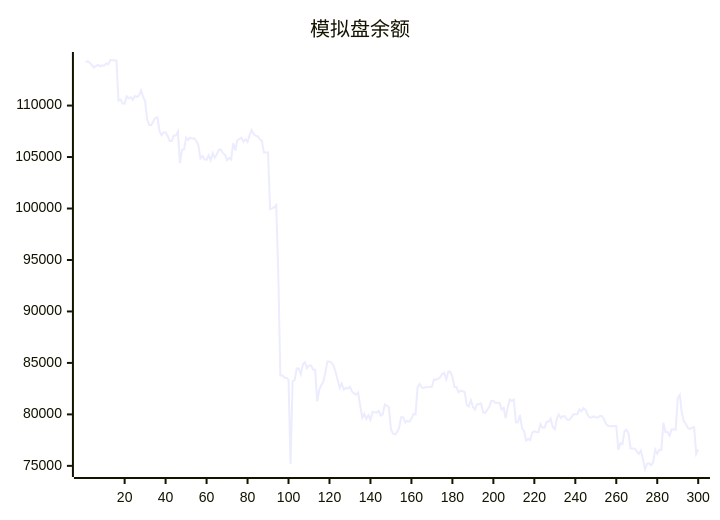
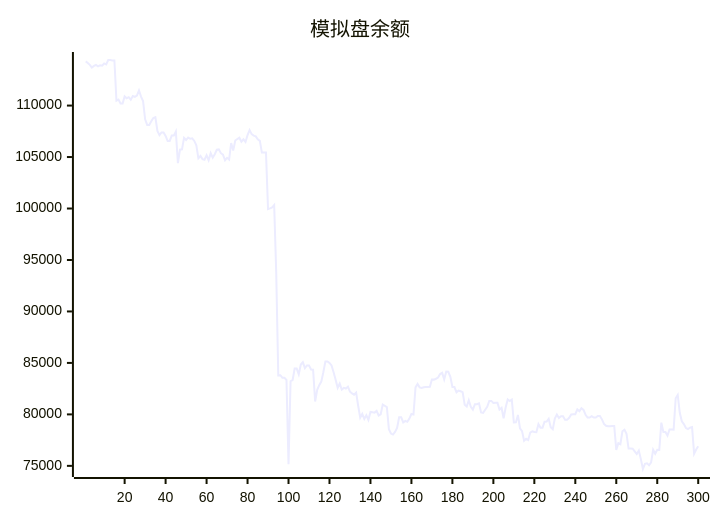
The diagram in README.md (aahl/ai-trading), drawn with Mermaid before and after one commit. The commit also changed other lines of this file and 1 other file, not shown here.

````diff
--- a/README.md
+++ b/README.md
@@ -5,5 +5,5 @@
 ```mermaid
 xychart
     title "模拟盘余额"
-    line [114232,114293,114144,113960,113698,113853,113942,113812,113908,113877,114091,113998,114427,114422,114384,114384,110477,110576,110198,110198,110890,110712,110812,110569,110929,110847,110968,111478,110870,110433,108661,108116,108115,108485,108797,108877,107536,107134,107393,107393,107046,106565,106565,107081,107081,107478,104404,105715,105749,106866,106651,106889,106771,106816,106565,106141,104876,105103,104796,104734,105169,104690,105380,104941,105272,105709,105739,105374,105227,104691,104924,104762,106364,105628,106608,106748,106872,106485,106721,106468,107132,107620,107224,107080,107001,106717,106567,105431,105431,105440,99950,100017,100113,100337,93749,83795,83807,83567,83567,83342,75168,83222,83336,84448,84449,83896,84839,85065,84499,84757,84757,84364,84347,81254,82385,82835,83184,84099,85150,85150,85002,84751,84096,83356,82582,82983,82404,82572,82512,82688,82200,82047,81920,82125,80840,79688,80060,79552,79920,79470,80236,80208,80170,80336,79894,80006,80954,80837,80712,78561,78139,78037,78293,78682,79720,79720,79214,79372,79279,79591,80046,79993,82625,82950,82626,82571,82633,82670,82670,82681,83386,83378,83464,83579,83920,84037,83402,84160,84142,83652,82655,82655,82145,82315,82243,82163,80934,80770,81371,80742,80468,80989,80989,81067,80191,80155,80450,80737,81309,81309,81106,81119,81119,80471,80631,79624,80670,81448,81290,81429,79212,79222,79940,78643,78380,77432,77623,77504,78235,78358,78284,78277,79048,78714,78714,79290,79308,79567,78763,78563,79603,79988,79652,79813,79813,79476,79469,79673,79995,80015,80015,80486,80314,80600,80436,79966,79689,79689,79819,79692,79692,79850,79850,79518,79071,78889,78850,78850,78878,78878,76554,77202,77103,78357,78510,78106,76678,76677,76672,76411,76159,76485,75656,74695,75197,75246,75052,75334,76564,76179,76553,76551,79196,78300,78300,77944,78531,78531,78521,81564,81884,80160,79335,79055,78675,78580,78708,78764,76179,76586]
+    line [114293,114144,113960,113698,113853,113942,113812,113908,113877,114091,113998,114427,114422,114384,114384,110477,110576,110198,110198,110890,110712,110812,110569,110929,110847,110968,111478,110870,110433,108661,108116,108115,108485,108797,108877,107536,107134,107393,107393,107046,106565,106565,107081,107081,107478,104404,105715,105749,106866,106651,106889,106771,106816,106565,106141,104876,105103,104796,104734,105169,104690,105380,104941,105272,105709,105739,105374,105227,104691,104924,104762,106364,105628,106608,106748,106872,106485,106721,106468,107132,107620,107224,107080,107001,106717,106567,105431,105431,105440,99950,100017,100113,100337,93749,83795,83807,83567,83567,83342,75168,83222,83336,84448,84449,83896,84839,85065,84499,84757,84757,84364,84347,81254,82385,82835,83184,84099,85150,85150,85002,84751,84096,83356,82582,82983,82404,82572,82512,82688,82200,82047,81920,82125,80840,79688,80060,79552,79920,79470,80236,80208,80170,80336,79894,80006,80954,80837,80712,78561,78139,78037,78293,78682,79720,79720,79214,79372,79279,79591,80046,79993,82625,82950,82626,82571,82633,82670,82670,82681,83386,83378,83464,83579,83920,84037,83402,84160,84142,83652,82655,82655,82145,82315,82243,82163,80934,80770,81371,80742,80468,80989,80989,81067,80191,80155,80450,80737,81309,81309,81106,81119,81119,80471,80631,79624,80670,81448,81290,81429,79212,79222,79940,78643,78380,77432,77623,77504,78235,78358,78284,78277,79048,78714,78714,79290,79308,79567,78763,78563,79603,79988,79652,79813,79813,79476,79469,79673,79995,80015,80015,80486,80314,80600,80436,79966,79689,79689,79819,79692,79692,79850,79850,79518,79071,78889,78850,78850,78878,78878,76554,77202,77103,78357,78510,78106,76678,76677,76672,76411,76159,76485,75656,74695,75197,75246,75052,75334,76564,76179,76553,76551,79196,78300,78300,77944,78531,78531,78521,81564,81884,80160,79335,79055,78675,78580,78708,78764,76179,76586,76902]
 ```
````
